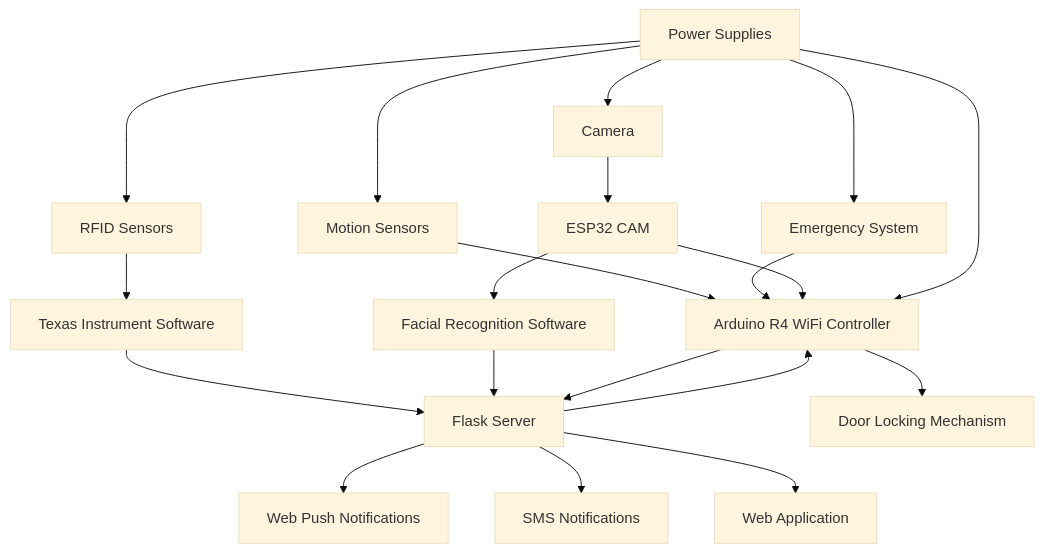
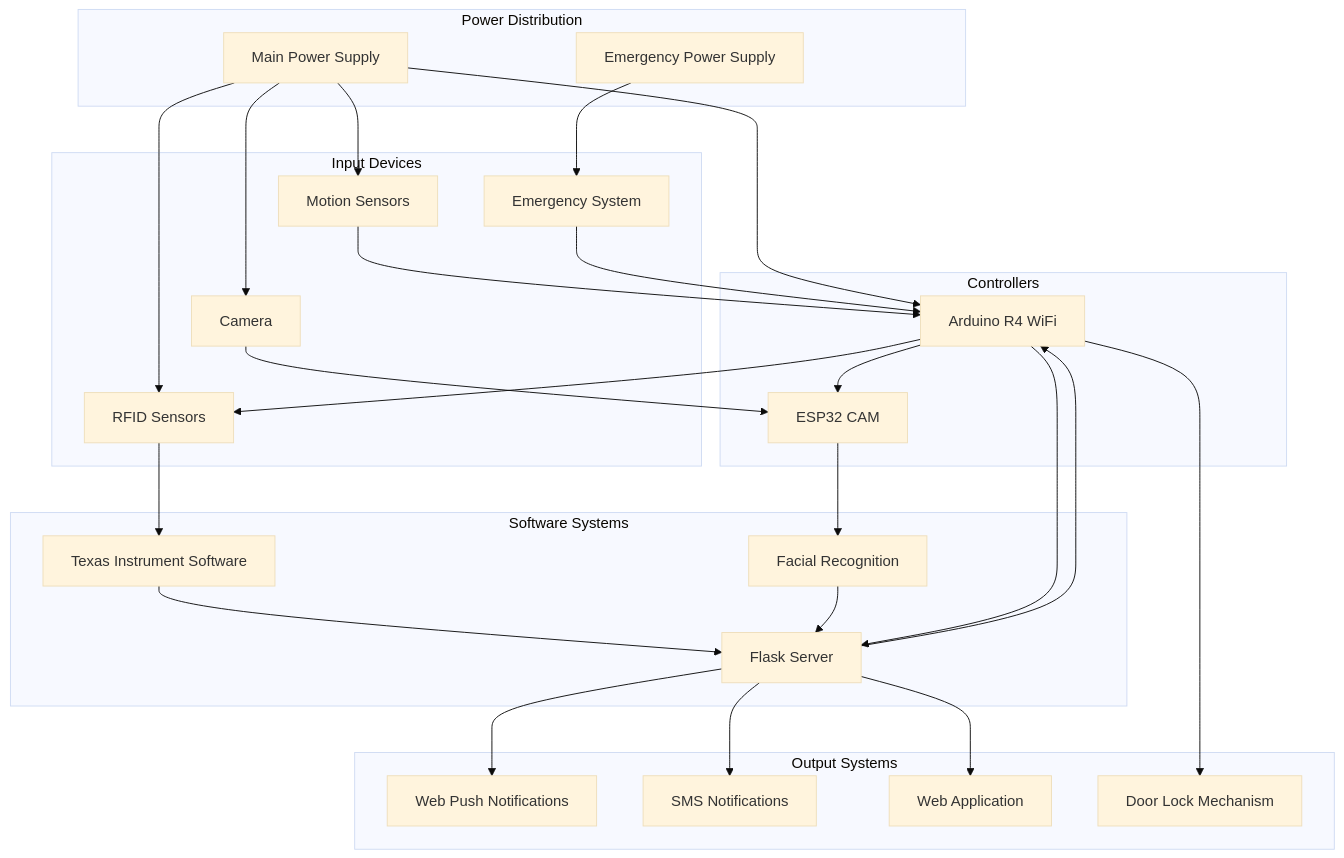
One commit to KalebCole/Campus-Security-and-Evacuation-System changed the diagram in diagrams/system-overview.md. Above: the diagram before and after it, drawn with Mermaid (base theme).

Commit message:
feat: enhance system overview diagram with subgraphs for better organization and clarity

````diff
--- a/diagrams/system-overview.md
+++ b/diagrams/system-overview.md
@@ -3,28 +3,71 @@
 ```mermaid
 graph TD
-    %% Sensors and Inputs
-    MotionSensor[Motion Sensors] --> Arduino[Arduino R4 WiFi Controller]
-    EMERGENCY[Emergency System] --> Arduino
-    RFIDReader[RFID Sensors] --> TEXAS[Texas Instrument Software]
-    Camera[Camera] --> ESP32[ESP32 CAM]
-    ESP32 --> Arduino
-    ESP32 --> FACERECOG[Facial Recognition Software]
+    %% Define subgraphs for logical grouping
+    subgraph Sensors ["Input Devices"]
+        MotionSensor[Motion Sensors]
+        EMERGENCY[Emergency System]
+        RFIDReader[RFID Sensors]
+        Camera[Camera]
+    end
+
+    subgraph Controllers ["Controllers"]
+        Arduino[Arduino R4 WiFi]
+        ESP32[ESP32 CAM]
+    end
+
+    subgraph Software ["Software Systems"]
+        TEXAS[Texas Instrument Software]
+        FACERECOG[Facial Recognition]
+        FlaskServer[Flask Server]
+    end
+
+    subgraph Outputs ["Output Systems"]
+        WEBNOTIFS[Web Push Notifications]
+        TextNotifs[SMS Notifications]
+        WebApp[Web Application]
+        Lock[Door Lock Mechanism]
+    end
+
+    subgraph Power ["Power Distribution"]
+        MainPower[Main Power Supply]
+        EmergencyPowerSupply[Emergency Power Supply]
+    end
+
+    %% Sensor Connections
+    MotionSensor --> Arduino
+    EMERGENCY --> Arduino
+    RFIDReader --> TEXAS
+    Camera --> ESP32
+    
+    %% Software Processing
+    ESP32 --> FACERECOG
     TEXAS --> FlaskServer
-    FACERECOG --> FlaskServer[Flask Server]
+    FACERECOG --> FlaskServer
+
+    %% Controller Communications
+    Arduino --> ESP32
+    Arduino --> RFIDReader
+    Arduino --> FlaskServer
+    FlaskServer --> Arduino
+
+    %% Output Connections
+    FlaskServer --> WEBNOTIFS
+    FlaskServer --> TextNotifs
+    FlaskServer --> WebApp
+    Arduino --> Lock
+
+    %% Power Distribution
+    MainPower --> Arduino
+    MainPower --> MotionSensor
+    MainPower --> RFIDReader
+    MainPower --> Camera
+    EmergencyPowerSupply --> EMERGENCY
 
 
-    %% Outputs
-    Arduino --> FlaskServer
-    FlaskServer --> Arduino
-    FlaskServer --> WEBNOTIFS[Web Push Notifications]
-    FlaskServer --> TextNotifs[SMS Notifications]
-    FlaskServer --> WebApp[Web Application]
-    Arduino --> Lock[Door Locking Mechanism]
-
-    %% Power Supply
-    PowerSupply[Power Supplies] --> Arduino
-    PowerSupply --> MotionSensor
-    PowerSupply --> RFIDReader
-    PowerSupply --> Camera
-    PowerSupply --> EMERGENCY
+    class MotionSensor,EMERGENCY,RFIDReader,Camera sensor
+    class Arduino,ESP32 controller
+    class TEXAS,FACERECOG,FlaskServer software
+    class WEBNOTIFS,TextNotifs,WebApp,Lock output
+    class MainPower power
+    class EmergencyPowerSupply emergency
 ```
````
